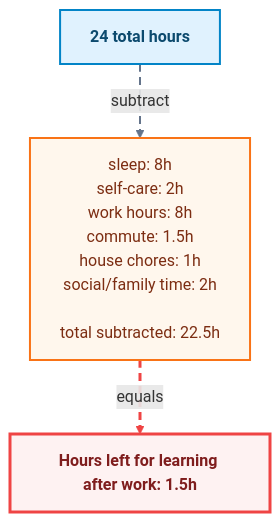
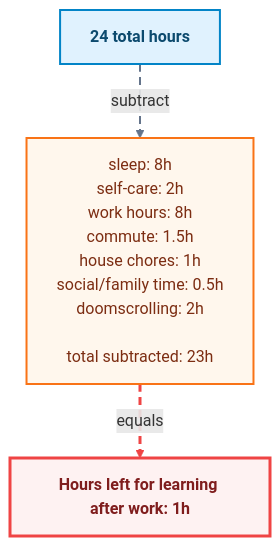
One commit to MarzukhAsjad/marzukhasjad.github.io changed the second of 2 diagrams in src/content/blog4.md. Above: the diagram before and after it, drawn with Mermaid. The commit also changed other lines of this file, not shown here.

Commit message:
Update blog 4 to enhance learning perspective and adjust time allocation in flowcharts

````diff
--- a/src/content/blog4.md
+++ b/src/content/blog4.md
@@ -58,16 +58,16 @@
 ```mermaid
 flowchart TD
-  J[24 total hours] -. subtract .-> K[sleep: 8h<br/>self-care: 2h<br/>work hours: 8h<br/>commute: 1.5h<br/>house chores: 1h<br/>social/family time: 2h<br/><br/>total subtracted: 22.5h]
-  K -. equals .-> L[Hours left for learning after work: 1.5h]
+  J[24 total hours] -. subtract .-> K[sleep: 8h<br/>self-care: 2h<br/>work hours: 8h<br/>commute: 1.5h<br/>house chores: 1h<br/>social/family time: 0.5h<br/>doomscrolling: 2h<br/><br/>total subtracted: 23h]
+  K -. equals .-> L[Hours left for learning after work: 1h]
 
   classDef start fill:#e0f2fe,stroke:#0284c7,color:#0c4a6e,stroke-width:2px,font-weight:bold;
   classDef subtract fill:#fff7ed,stroke:#f97316,color:#7c2d12,stroke-width:2px;
   classDef result fill:#fef2f2,stroke:#ef4444,color:#7f1d1d,stroke-width:3px,font-weight:bold;
 
   class J start;
   class K subtract;
   class L result;
 
   linkStyle 0 stroke:#64748b,stroke-width:2px,stroke-dasharray:8 5;
   linkStyle 1 stroke:#ef4444,stroke-width:3px,stroke-dasharray:8 5;
 ```
````
